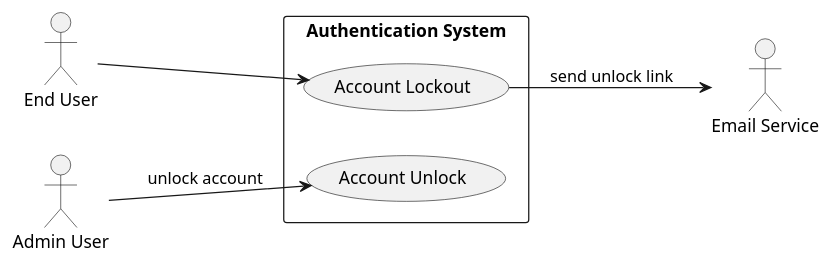
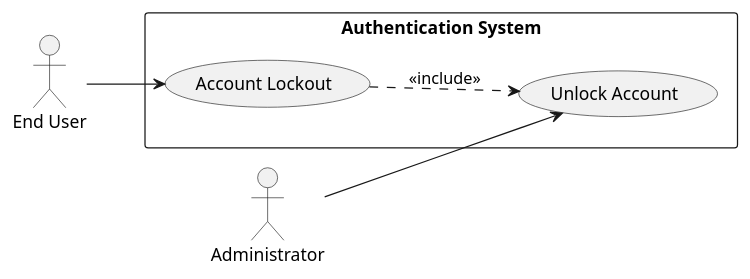
One commit to Bimmi-kumari-singh/Agent-testing changed the sixth of 7 diagrams in .propel/context/docs/spec.md. Above: the diagram before and after it, drawn with PlantUML. The commit also changed other lines of this file, not shown here.

````diff
--- a/.propel/context/docs/spec.md
+++ b/.propel/context/docs/spec.md
@@ -438,19 +429,18 @@
 ```plantuml
 @startuml
 left to right direction
 skinparam packageStyle rectangle
 
 actor "End User" as User
-actor "Admin User" as Admin
-actor "Email Service" as Email
+actor "Administrator" as Admin
 
 rectangle "Authentication System" {
   usecase (Account Lockout) as UC6
-  usecase (Account Unlock) as UC6b
+  usecase (Unlock Account) as UC6b
 }
 
 User --> UC6
-UC6 --> Email : send unlock link
-Admin --> UC6b : unlock account
+Admin --> UC6b
+UC6 ..> UC6b : <<include>>
 @enduml
 ```
````
